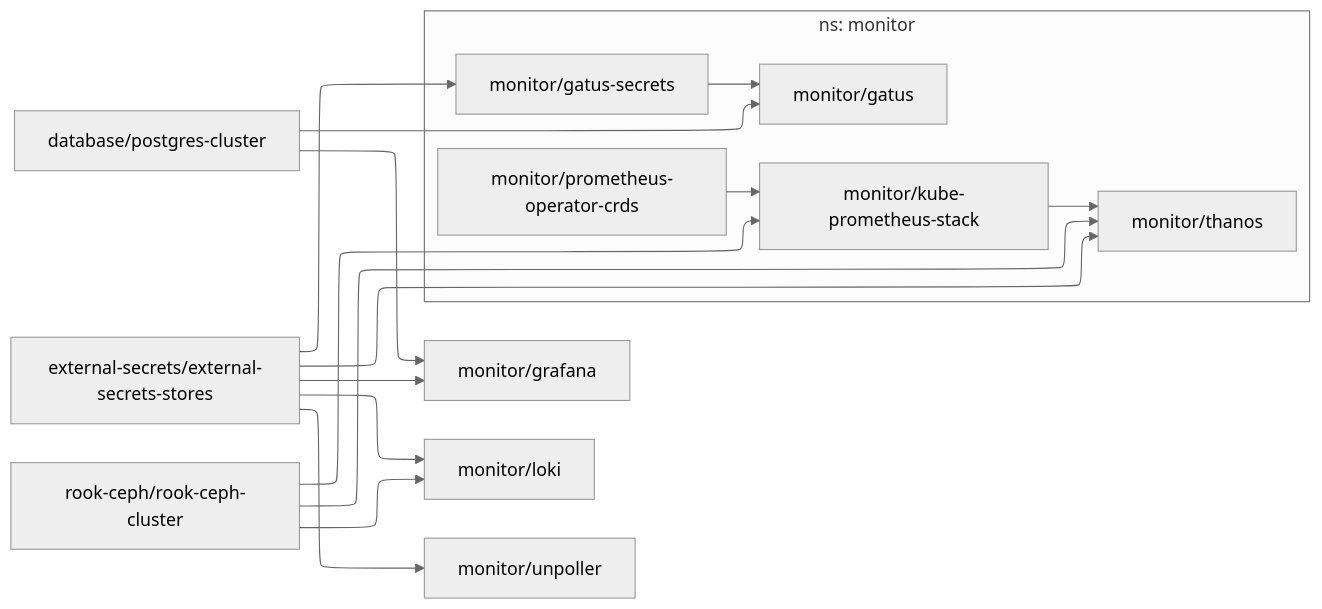
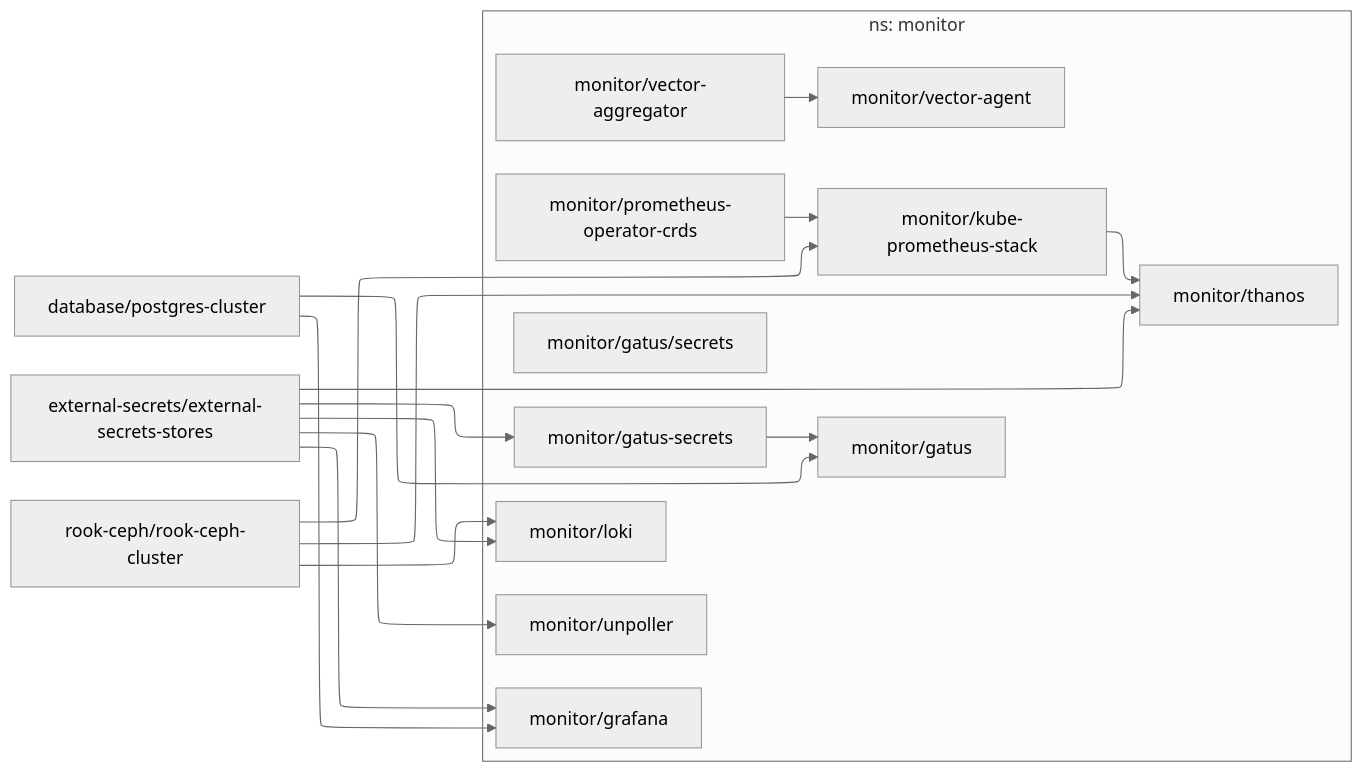
One commit to roblandry/home-ops changed the diagram in dependencies/DEPENDENCIES-monitor.md. Above: the diagram before and after it, drawn with Mermaid (neutral theme). The commit also changed 23 other files, not shown here.

````diff
--- a/dependencies/DEPENDENCIES-monitor.md
+++ b/dependencies/DEPENDENCIES-monitor.md
@@ -1,23 +1,31 @@
 ```mermaid
 ---
 config:
   layout: elk
 ---
 flowchart LR
 
   subgraph "ns: monitor"
+    monitor/gatus/secrets
+    monitor/grafana
+    monitor/loki
+    monitor/prometheus-operator-crds
+    monitor/unpoller
+    monitor/vector-agent
+    monitor/vector-aggregator
     monitor/gatus-secrets --> monitor/gatus
     monitor/kube-prometheus-stack --> monitor/thanos
     monitor/prometheus-operator-crds --> monitor/kube-prometheus-stack
+    monitor/vector-aggregator --> monitor/vector-agent
   end
   database/postgres-cluster --> monitor/gatus
   database/postgres-cluster --> monitor/grafana
   external-secrets/external-secrets-stores --> monitor/gatus-secrets
   external-secrets/external-secrets-stores --> monitor/grafana
   external-secrets/external-secrets-stores --> monitor/loki
   external-secrets/external-secrets-stores --> monitor/thanos
   external-secrets/external-secrets-stores --> monitor/unpoller
   rook-ceph/rook-ceph-cluster --> monitor/kube-prometheus-stack
   rook-ceph/rook-ceph-cluster --> monitor/loki
   rook-ceph/rook-ceph-cluster --> monitor/thanos
 ```
````
